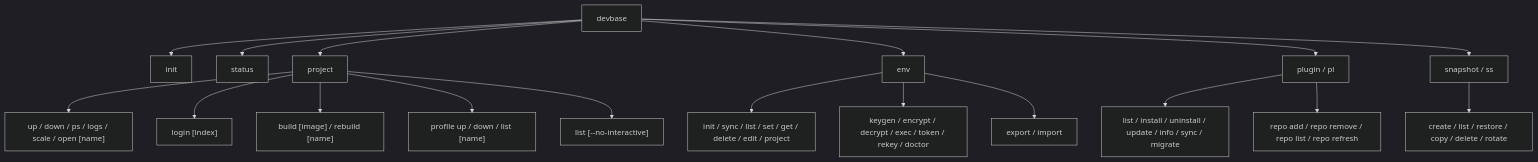
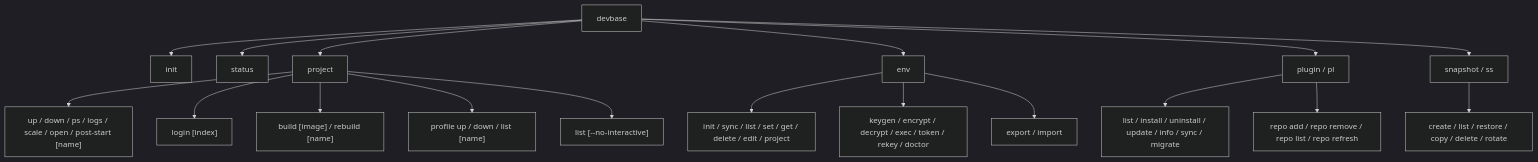
The diagram in docs/user/cli-reference/README.md (devbasex/devbase), drawn with Mermaid (dark theme) before and after one commit. The commit also changed other lines of this file and 7 other files, not shown here.

First line of the commit message:
docs: scale の後処理・起動できなかったときの扱い・project post-start を書く (#224 #371)

````diff
--- a/docs/user/cli-reference/README.md
+++ b/docs/user/cli-reference/README.md
@@ -17,20 +17,20 @@
 ```mermaid
 graph TD
     A[devbase] --> B[init]
     A --> C[status]
     A --> D[project]
     A --> E[env]
     A --> F[plugin / pl]
     A --> G[snapshot / ss]
-    D --> D1["up / down / ps / logs / scale / open [name]"]
+    D --> D1["up / down / ps / logs / scale / open / post-start [name]"]
     D --> D3["login [index]"]
     D --> D4["build [image] / rebuild [name]"]
     D --> D5["profile up / down / list [name]"]
     D --> D2["list [--no-interactive]"]
     E --> E1[init / sync / list / set / get / delete / edit / project]
     E --> E2[keygen / encrypt / decrypt / exec / token / rekey / doctor]
     E --> E3[export / import]
     F --> F1[list / install / uninstall / update / info / sync / migrate]
     F --> F2[repo add / repo remove / repo list / repo refresh]
     G --> G1[create / list / restore / copy / delete / rotate]
 ```
````
